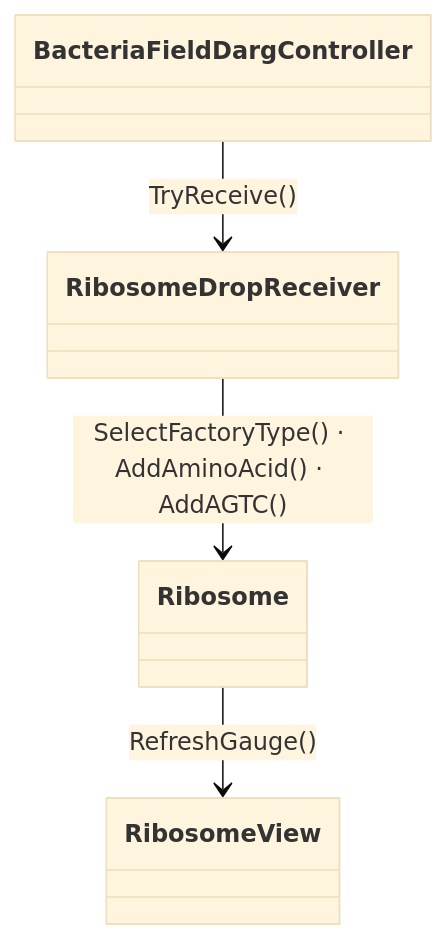
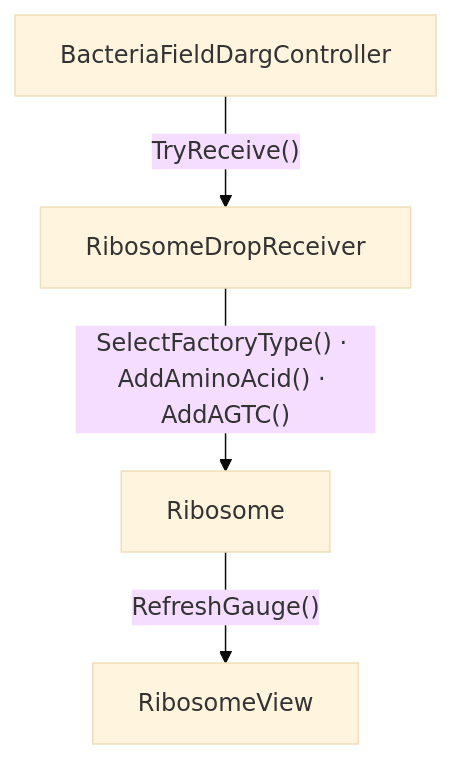
One commit to Lets-Gitit/portfolio changed the fourth of 6 diagrams in src/0-super-phage/기술 문서.md. Above: the diagram before and after it, drawn with Mermaid (base theme). The commit also changed other lines of this file, not shown here.

````diff
--- a/src/0-super-phage/기술 문서.md
+++ b/src/0-super-phage/기술 문서.md
@@ -300,7 +300,6 @@
 ```mermaid
-classDiagram
-    direction TB
-    BacteriaFieldDargController --> RibosomeDropReceiver : TryReceive()
-    RibosomeDropReceiver --> Ribosome : SelectFactoryType() · AddAminoAcid() · AddAGTC()
-    Ribosome --> RibosomeView : RefreshGauge()
+flowchart TD
+    BacteriaFieldDargController -->|"TryReceive()"| RibosomeDropReceiver
+    RibosomeDropReceiver -->|"SelectFactoryType() · AddAminoAcid() · AddAGTC()"| Ribosome
+    Ribosome -->|"RefreshGauge()"| RibosomeView
 ```
````
